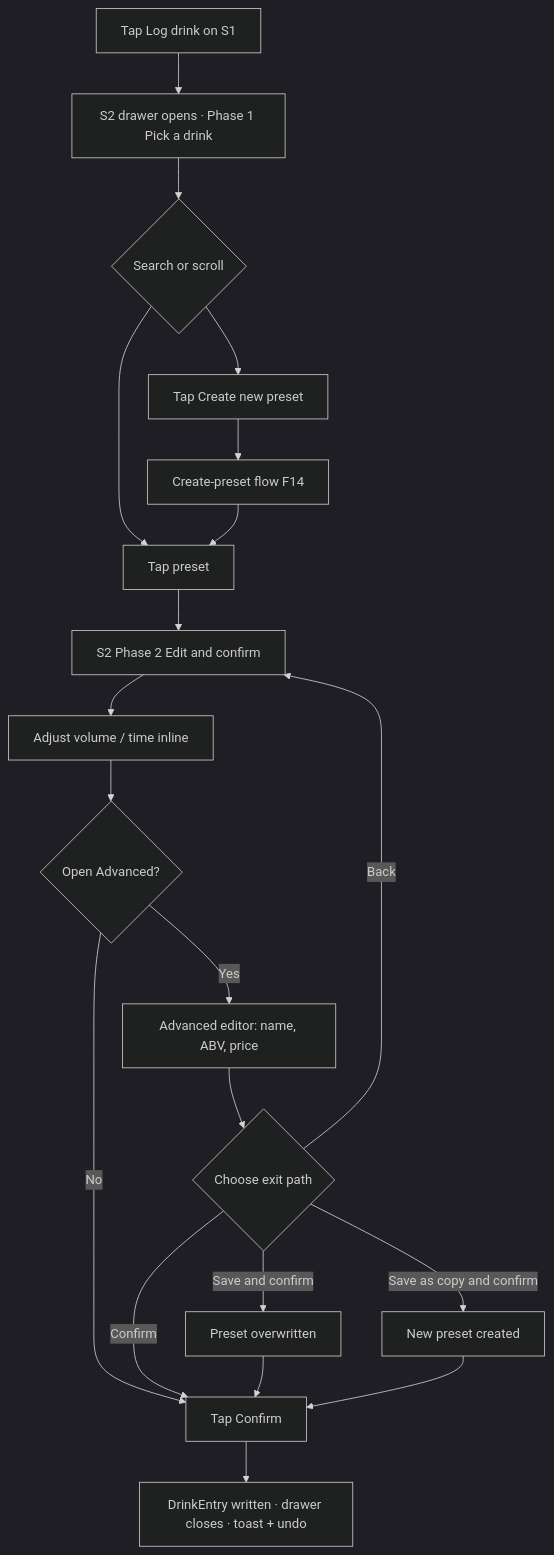
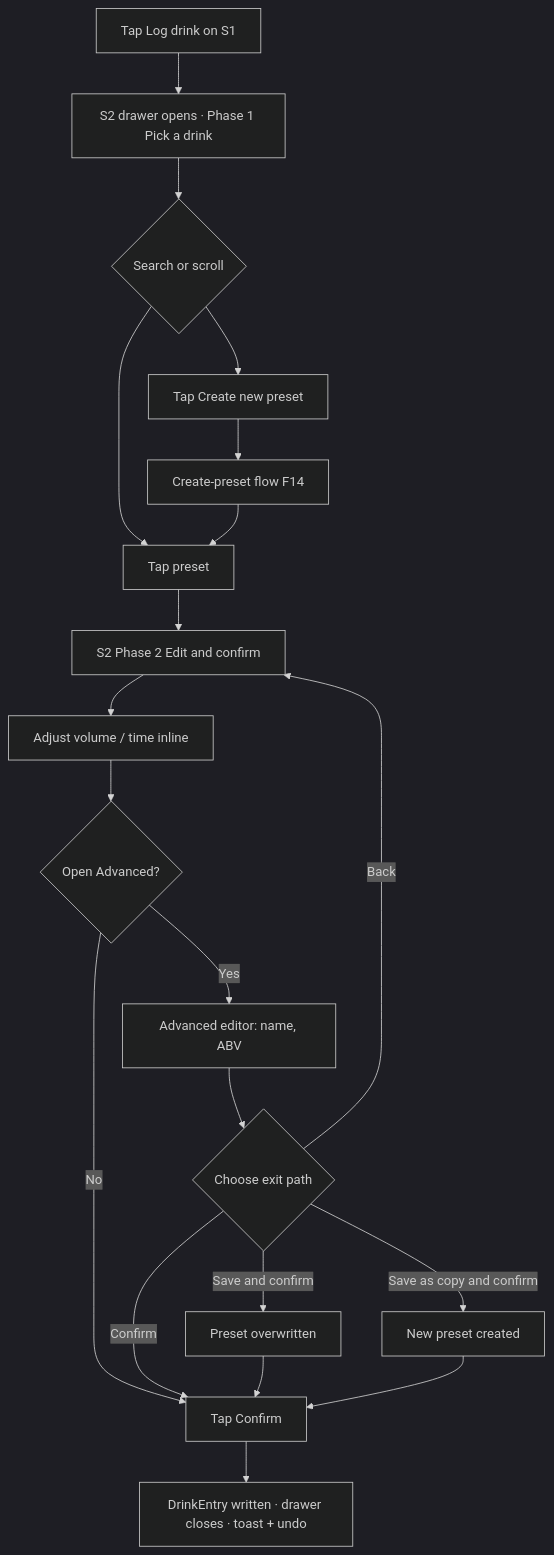
Before and after one commit to controlol/drinks-mate: the third of 5 diagrams in design/user-experience.md, drawn with Mermaid (dark theme). The commit also changed other lines of this file and 11 other files, not shown here.

````diff
--- a/design/user-experience.md
+++ b/design/user-experience.md
@@ -284,21 +284,21 @@
 ```mermaid
 flowchart TD
     A[Tap Log drink on S1] --> B[S2 drawer opens · Phase 1 Pick a drink]
     B --> C{Search or scroll}
     C --> D[Tap preset]
     C --> E[Tap Create new preset]
     E --> F[Create-preset flow F14] --> D
     D --> G[S2 Phase 2 Edit and confirm]
     G --> H[Adjust volume / time inline]
     H --> I{Open Advanced?}
     I -->|No| J[Tap Confirm]
-    I -->|Yes| K[Advanced editor: name, ABV, price]
+    I -->|Yes| K[Advanced editor: name, ABV]
     K --> L{Choose exit path}
     L -->|Back| G
     L -->|Confirm| J
     L -->|Save and confirm| M[Preset overwritten]
     L -->|Save as copy and confirm| N[New preset created]
     M --> J
     N --> J
     J --> O[DrinkEntry written · drawer closes · toast + undo]
 ```
````
